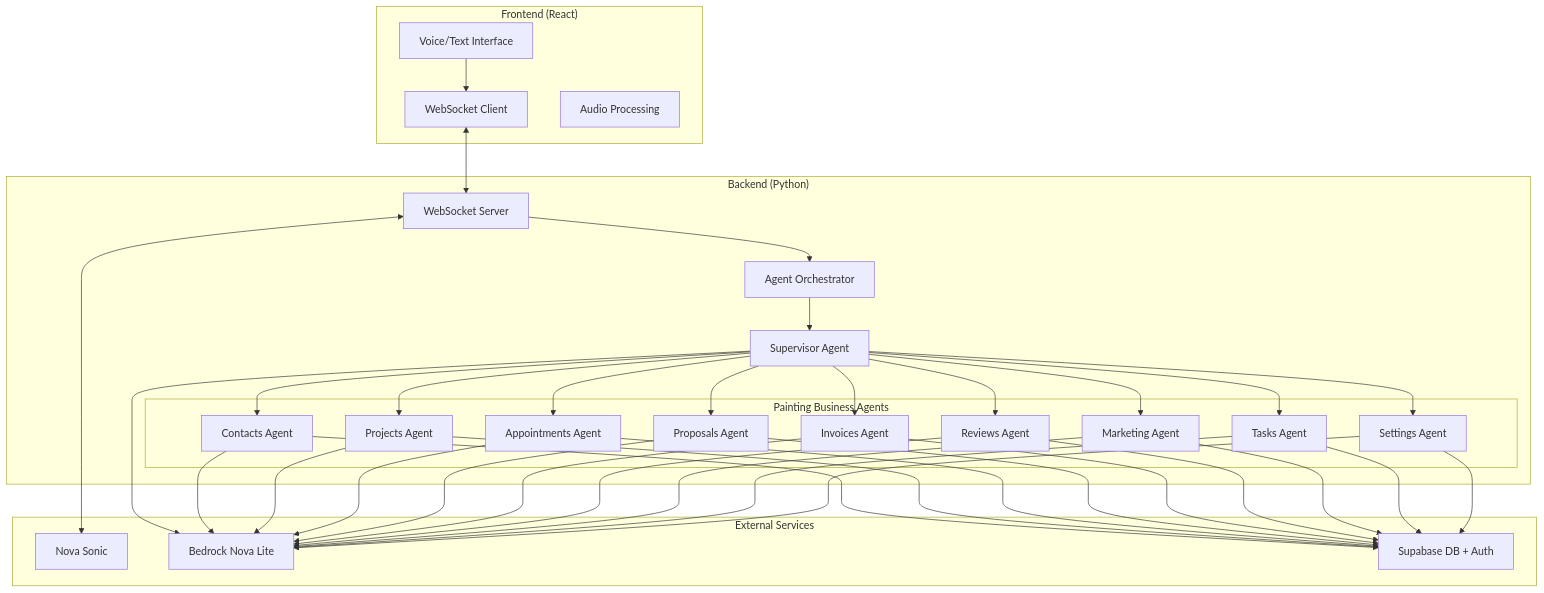
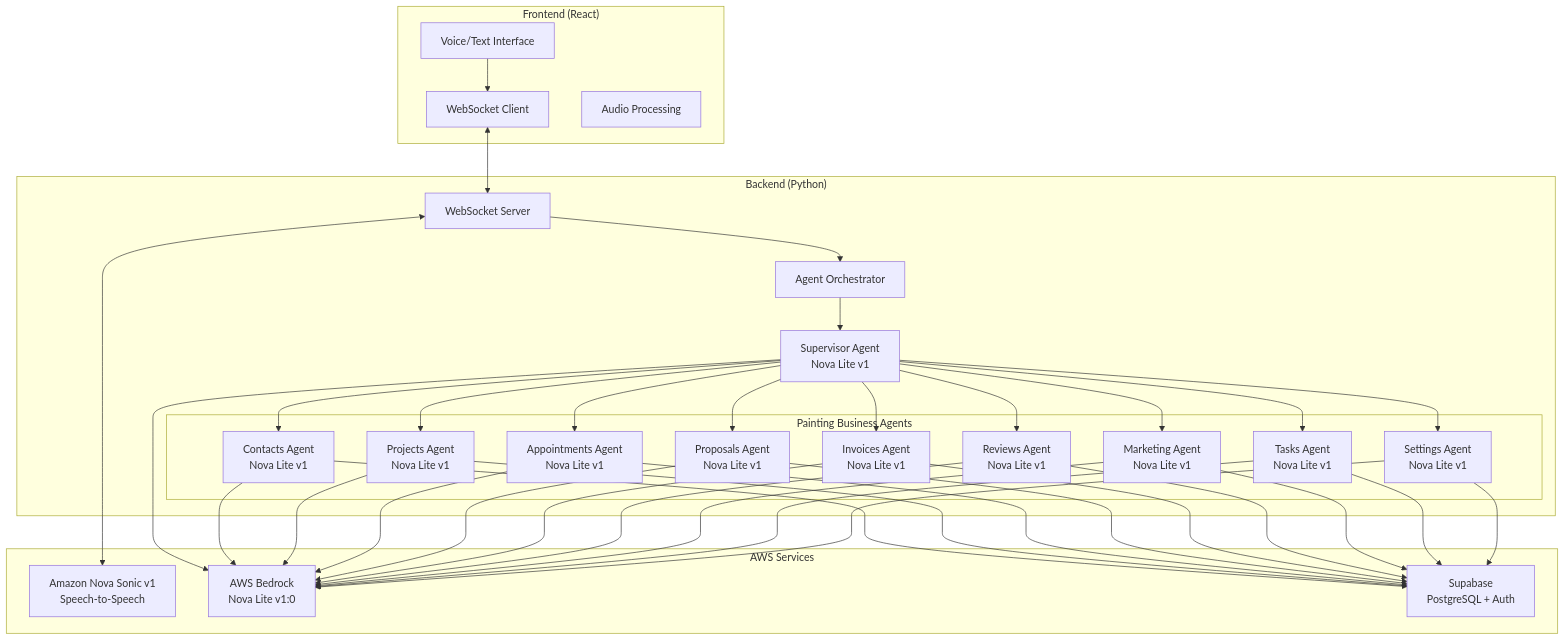
Before and after one commit to ProgrammingPete/sample-aws-strands-nova-voice-assistant: the diagram in .kiro/specs/voice-business-agent-spec/design.md, drawn with Mermaid.

Commit message:
Update to include nova lite

````diff
--- a/.kiro/specs/voice-business-agent-spec/design.md
+++ b/.kiro/specs/voice-business-agent-spec/design.md
@@ -18,68 +18,68 @@
 ```mermaid
 graph TB
     subgraph "Frontend (React)"
         UI[Voice/Text Interface]
         WS_CLIENT[WebSocket Client]
         AUDIO[Audio Processing]
     end
     
     subgraph "Backend (Python)"
         WS_SERVER[WebSocket Server]
         ORCHESTRATOR[Agent Orchestrator]
-        SUPERVISOR[Supervisor Agent]
+        SUPERVISOR[Supervisor Agent<br/>Nova Lite v1]
         
         subgraph "Painting Business Agents"
-            CONTACTS[Contacts Agent]
-            PROJECTS[Projects Agent]
-            APPOINTMENTS[Appointments Agent]
-            PROPOSALS[Proposals Agent]
-            INVOICES[Invoices Agent]
-            REVIEWS[Reviews Agent]
-            MARKETING[Marketing Agent]
-            TASKS[Tasks Agent]
-            SETTINGS[Settings Agent]
+            CONTACTS[Contacts Agent<br/>Nova Lite v1]
+            PROJECTS[Projects Agent<br/>Nova Lite v1]
+            APPOINTMENTS[Appointments Agent<br/>Nova Lite v1]
+            PROPOSALS[Proposals Agent<br/>Nova Lite v1]
+            INVOICES[Invoices Agent<br/>Nova Lite v1]
+            REVIEWS[Reviews Agent<br/>Nova Lite v1]
+            MARKETING[Marketing Agent<br/>Nova Lite v1]
+            TASKS[Tasks Agent<br/>Nova Lite v1]
+            SETTINGS[Settings Agent<br/>Nova Lite v1]
         end
     end
     
-    subgraph "External Services"
-        NOVA[Nova Sonic]
-        BEDROCK[Bedrock Nova Lite]
-        SUPABASE[Supabase DB + Auth]
+    subgraph "AWS Services"
+        NOVA_SONIC[Amazon Nova Sonic v1<br/>Speech-to-Speech]
+        BEDROCK[AWS Bedrock<br/>Nova Lite v1:0]
+        SUPABASE[Supabase<br/>PostgreSQL + Auth]
     end
     
     UI --> WS_CLIENT
     WS_CLIENT <--> WS_SERVER
     WS_SERVER --> ORCHESTRATOR
     ORCHESTRATOR --> SUPERVISOR
     SUPERVISOR --> CONTACTS
     SUPERVISOR --> PROJECTS
     SUPERVISOR --> APPOINTMENTS
     SUPERVISOR --> PROPOSALS
     SUPERVISOR --> INVOICES
     SUPERVISOR --> REVIEWS
     SUPERVISOR --> MARKETING
     SUPERVISOR --> TASKS
     SUPERVISOR --> SETTINGS
     
-    WS_SERVER <--> NOVA
+    WS_SERVER <--> NOVA_SONIC
     SUPERVISOR --> BEDROCK
     CONTACTS --> BEDROCK
     PROJECTS --> BEDROCK
     APPOINTMENTS --> BEDROCK
     PROPOSALS --> BEDROCK
     INVOICES --> BEDROCK
     REVIEWS --> BEDROCK
     MARKETING --> BEDROCK
     TASKS --> BEDROCK
     SETTINGS --> BEDROCK
     
     CONTACTS --> SUPABASE
     PROJECTS --> SUPABASE
     APPOINTMENTS --> SUPABASE
     PROPOSALS --> SUPABASE
     INVOICES --> SUPABASE
     REVIEWS --> SUPABASE
     MARKETING --> SUPABASE
     TASKS --> SUPABASE
     SETTINGS --> SUPABASE
 ```
````
